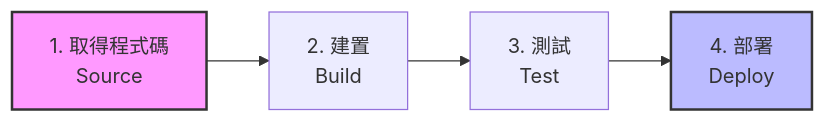
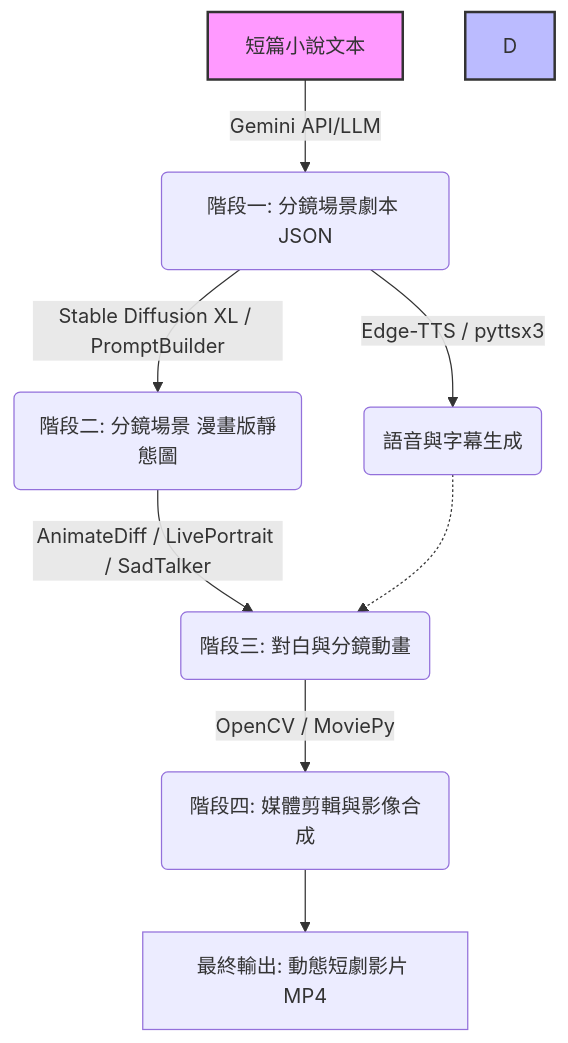
One commit to csjou/csjou.github.io changed the diagram in aifliw2.md. Above: the diagram before and after it, drawn with Mermaid.

Commit message:
Update flowchart to new process stages

````diff
--- a/aifliw2.md
+++ b/aifliw2.md
@@ -1,9 +1,13 @@
 ```mermaid
-graph LR
-    A[1. 取得程式碼 <br> Source] --> B[2. 建置 <br> Build]
-    B --> C[3. 測試 <br> Test]
-    C --> D[4. 部署 <br> Deploy]
+graph TD
+    A[短篇小說文本] -->|Gemini API/LLM| B(階段一: 分鏡場景劇本 JSON)
+    B -->|Stable Diffusion XL / PromptBuilder| C(階段二: 分鏡場景 漫畫版靜態圖)
+    B -->|Edge-TTS / pyttsx3| D1(語音與字幕生成)
+    C -->|AnimateDiff / LivePortrait / SadTalker| D2(階段三: 對白與分鏡動畫)
+    D1 -.-> D2
+    D2 -->|OpenCV / MoviePy| E(階段四: 媒體剪輯與影像合成)
+    E --> F[最終輸出: 動態短劇影片 MP4]
 
     style A fill:#f9f,stroke:#333,stroke-width:2px
     style D fill:#bbf,stroke:#333,stroke-width:2px
 ```
````
